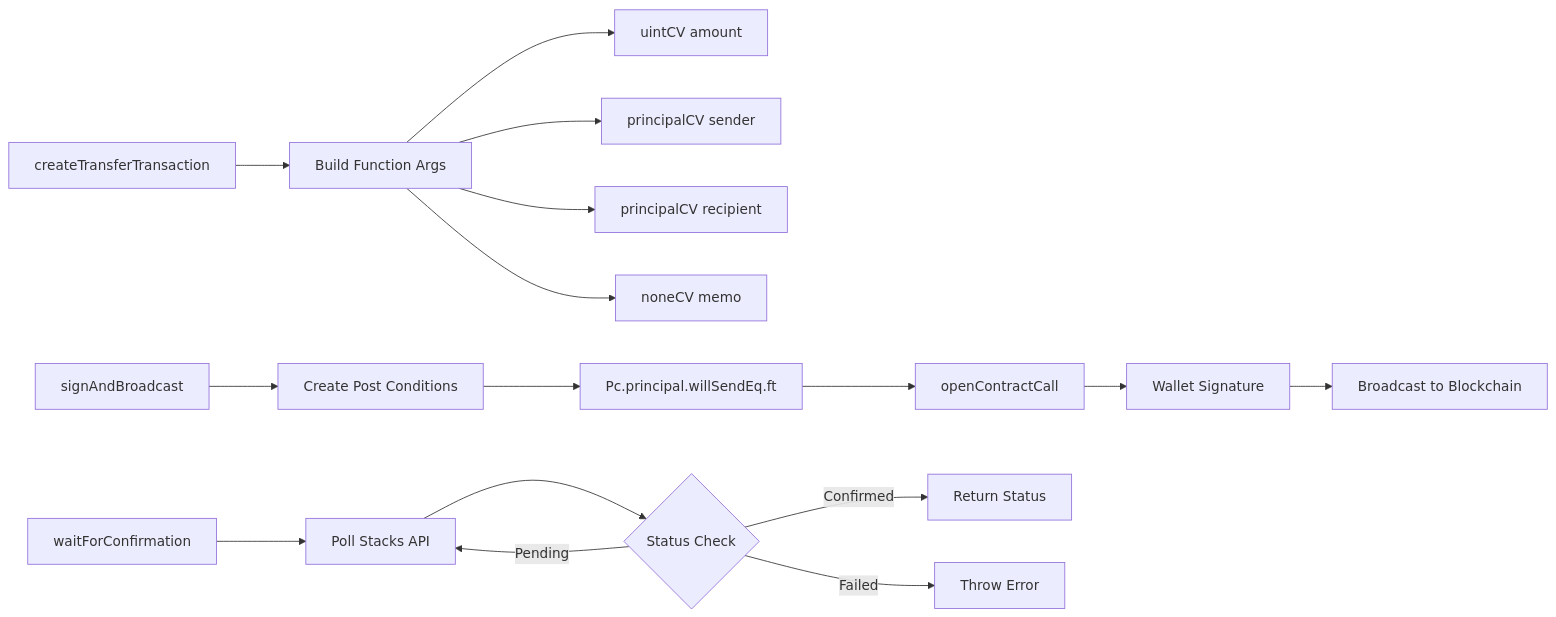
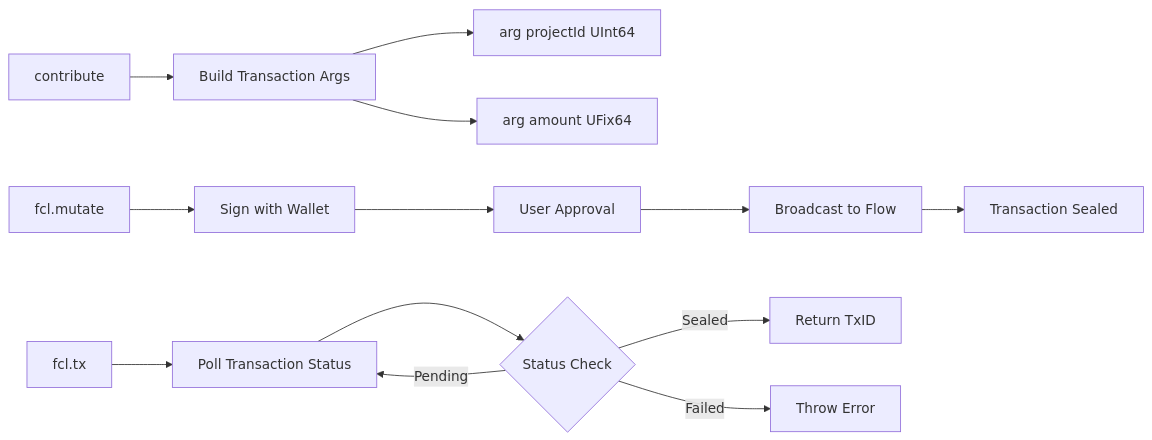
One commit to enliven17/flow-gives changed the seventh of 9 diagrams in README.md. Above: the diagram before and after it, drawn with Mermaid. The commit also changed other lines of this file and 10 other files, not shown here.

````diff
--- a/README.md
+++ b/README.md
@@ -225,20 +231,17 @@
 ```mermaid
 graph LR
-    A[createTransferTransaction] --> B[Build Function Args]
-    B --> C[uintCV amount]
-    B --> D[principalCV sender]
-    B --> E[principalCV recipient]
-    B --> F[noneCV memo]
+    A[contribute] --> B[Build Transaction Args]
+    B --> C[arg projectId UInt64]
+    B --> D[arg amount UFix64]
     
-    G[signAndBroadcast] --> H[Create Post Conditions]
-    H --> I[Pc.principal.willSendEq.ft]
-    I --> J[openContractCall]
-    J --> K[Wallet Signature]
-    K --> L[Broadcast to Blockchain]
+    E[fcl.mutate] --> F[Sign with Wallet]
+    F --> G[User Approval]
+    G --> H[Broadcast to Flow]
+    H --> I[Transaction Sealed]
     
-    M[waitForConfirmation] --> N[Poll Stacks API]
-    N --> O{Status Check}
-    O -->|Pending| N
-    O -->|Confirmed| P[Return Status]
-    O -->|Failed| Q[Throw Error]
+    J[fcl.tx] --> K[Poll Transaction Status]
+    K --> L{Status Check}
+    L -->|Pending| K
+    L -->|Sealed| M[Return TxID]
+    L -->|Failed| N[Throw Error]
 ```
````
